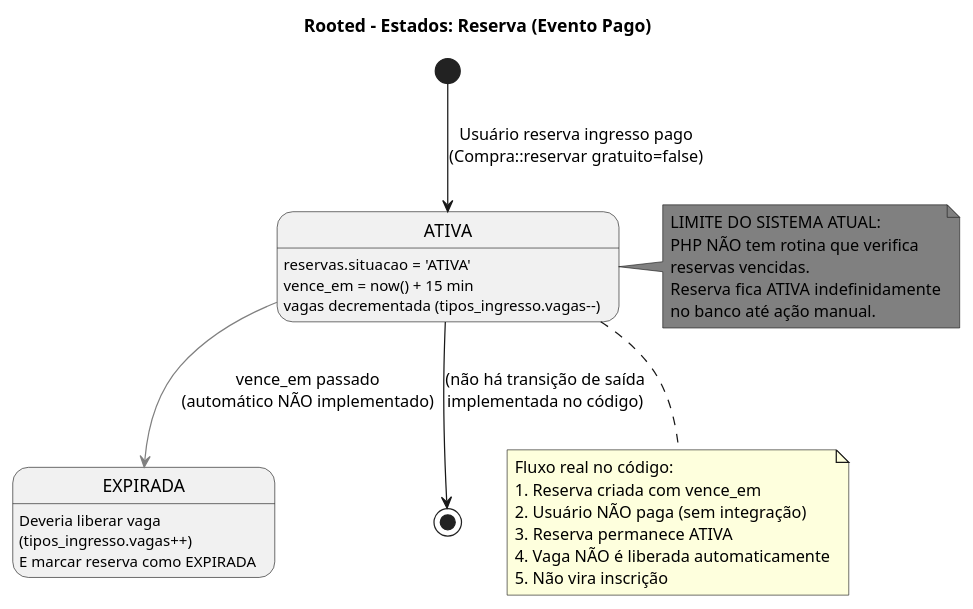
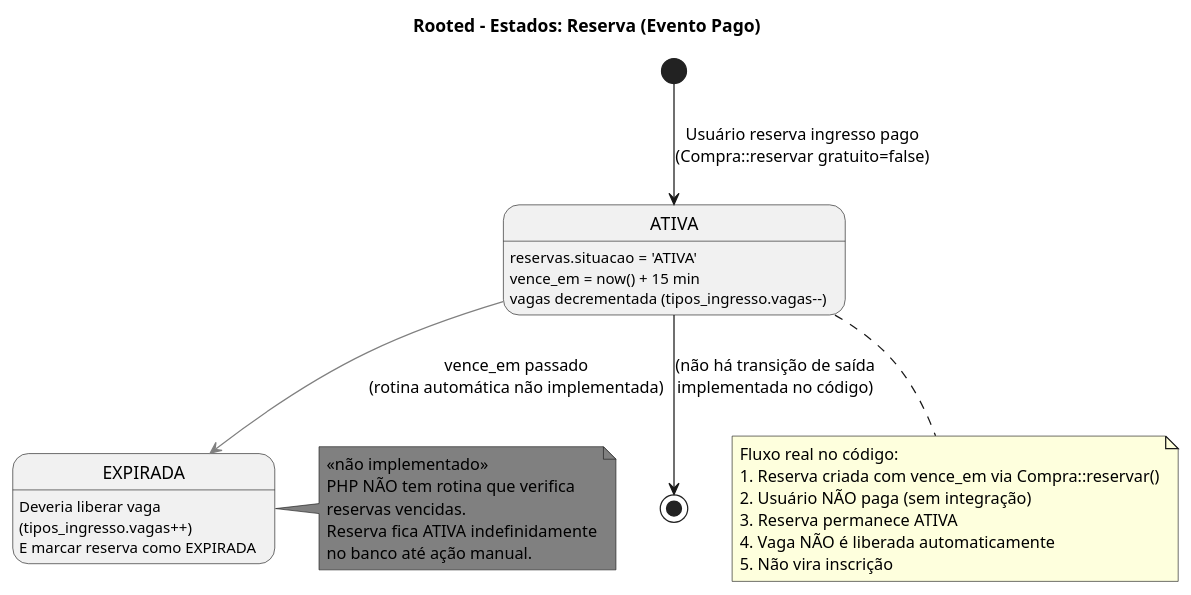
The diagram in docs/diagramas/scripts/15-estados-reserva.puml (paulothaylam/rooted-projeto), drawn with PlantUML before and after one commit. The commit also changed 39 other files, not shown here.

Commit message:
Atualizando diagramas

```diff
--- a/docs/diagramas/scripts/15-estados-reserva.puml
+++ b/docs/diagramas/scripts/15-estados-reserva.puml
@@ -1,31 +1,30 @@
 @startuml
 title Rooted – Estados: Reserva (Evento Pago)
 [*] --> ATIVA : Usuário reserva ingresso pago\n(Compra::reservar gratuito=false)
 
 state "ATIVA" as ATIVA
 ATIVA : reservas.situacao = 'ATIVA'\nvence_em = now() + 15 min\nvagas decrementada (tipos_ingresso.vagas--)
 
-ATIVA -[#gray]-> EXPIRADA : vence_em passado\n(automático NÃO implementado)
+ATIVA -[#gray]-> EXPIRADA : vence_em passado\n(rotina automática não implementada)
 state "EXPIRADA" as EXPIRADA <<não implementado>>
 EXPIRADA : Deveria liberar vaga\n(tipos_ingresso.vagas++)\nE marcar reserva como EXPIRADA
-
-note right of ATIVA #gray
-  LIMITE DO SISTEMA ATUAL:
+note right of EXPIRADA #gray
+  <<não implementado>>
   PHP NÃO tem rotina que verifica
   reservas vencidas.
   Reserva fica ATIVA indefinidamente
   no banco até ação manual.
 end note
 
 ATIVA --> [*] : (não há transição de saída\nimplementada no código)
 
 note bottom of ATIVA
   Fluxo real no código:
-  1. Reserva criada com vence_em
+  1. Reserva criada com vence_em via Compra::reservar()
   2. Usuário NÃO paga (sem integração)
   3. Reserva permanece ATIVA
   4. Vaga NÃO é liberada automaticamente
   5. Não vira inscrição
 end note
 
 @enduml
```
